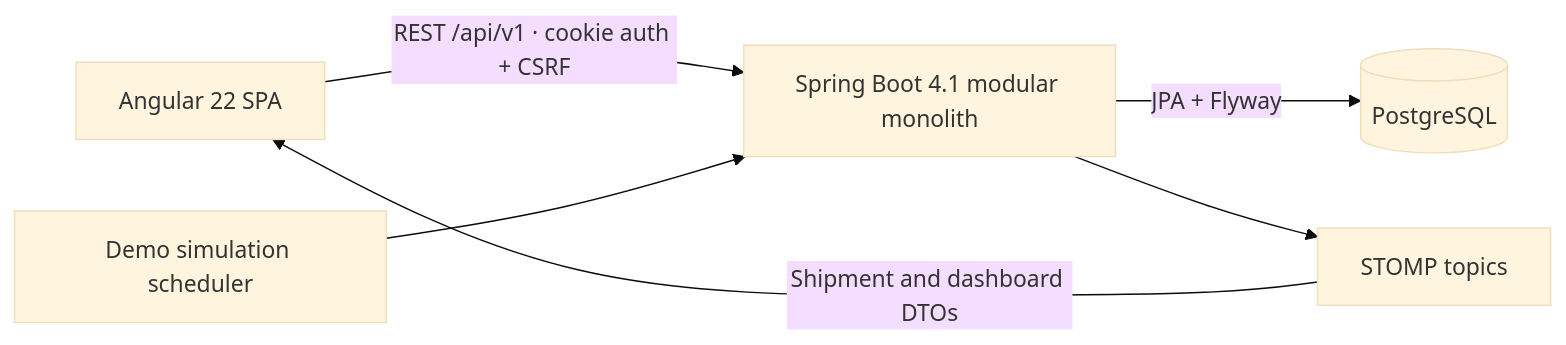
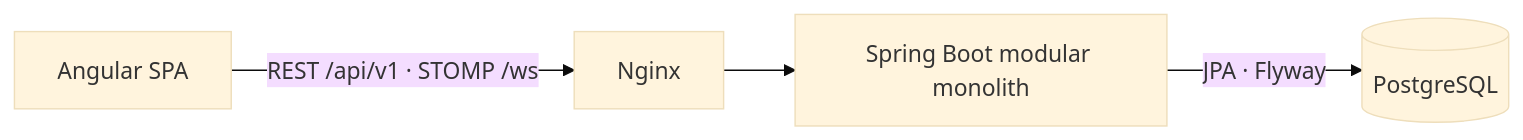
The diagram in README.md (LucaMZM/mazmi-logistics-control), drawn with Mermaid (base theme) before and after one commit. The commit also changed other lines of this file and 35 other files, not shown here.

````diff
--- a/README.md
+++ b/README.md
@@ -45,14 +177,11 @@
 ```mermaid
 flowchart LR
-    UI["Angular 22 SPA"]
-    API["Spring Boot 4.1 modular monolith"]
+    SPA["Angular SPA"]
+    NGINX["Nginx"]
+    API["Spring Boot modular monolith"]
     DB[("PostgreSQL")]
-    WS["STOMP topics"]
-    SIM["Demo simulation scheduler"]
 
-    UI -->|"REST /api/v1 · cookie auth + CSRF"| API
-    API -->|"JPA + Flyway"| DB
-    SIM --> API
-    API --> WS
-    WS -->|"Shipment and dashboard DTOs"| UI
+    SPA -->|"REST /api/v1 · STOMP /ws"| NGINX
+    NGINX --> API
+    API -->|"JPA · Flyway"| DB
 ```
````
